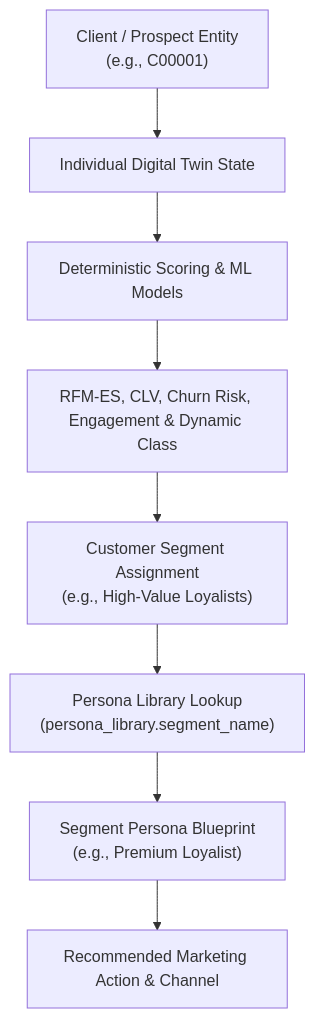
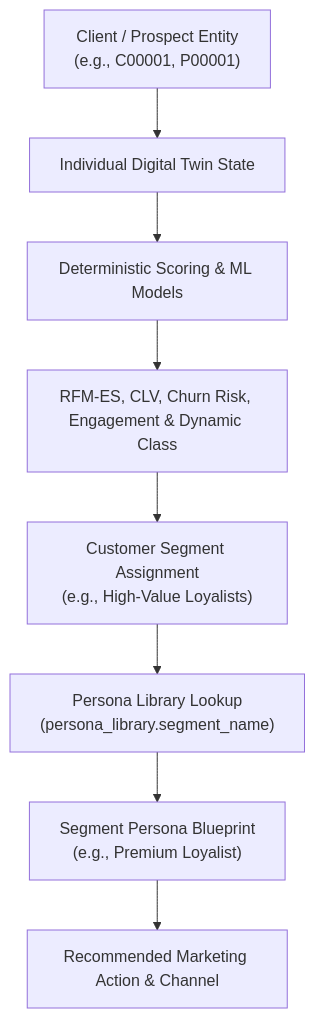
Before and after one commit to ZAKARIAE48CHELLE/Digital-Twin-Client-Classification: the diagram in docs/OSMOS_Digital_Twin_and_Persona_Modeling.md, drawn with Mermaid. The commit also changed other lines of this file and 15 other files, not shown here.

````diff
--- a/docs/OSMOS_Digital_Twin_and_Persona_Modeling.md
+++ b/docs/OSMOS_Digital_Twin_and_Persona_Modeling.md
@@ -37,10 +37,10 @@
 ```mermaid
 flowchart TD
-    A["Client / Prospect Entity<br/>(e.g., C00001)"] --> B["Individual Digital Twin State"]
+    A["Client / Prospect Entity<br/>(e.g., C00001, P00001)"] --> B["Individual Digital Twin State"]
     B --> C["Deterministic Scoring & ML Models"]
     C --> D["RFM-ES, CLV, Churn Risk, Engagement & Dynamic Class"]
     D --> E["Customer Segment Assignment<br/>(e.g., High-Value Loyalists)"]
     E --> F["Persona Library Lookup<br/>(persona_library.segment_name)"]
     F --> G["Segment Persona Blueprint<br/>(e.g., Premium Loyalist)"]
     G --> H["Recommended Marketing Action & Channel"]
 ```
````
